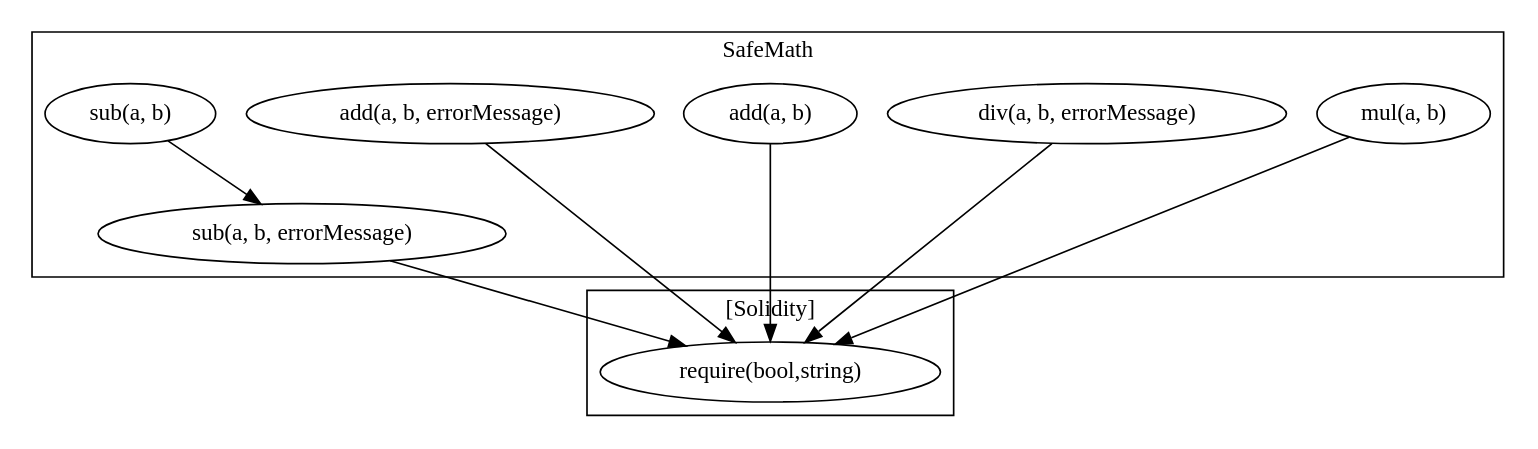
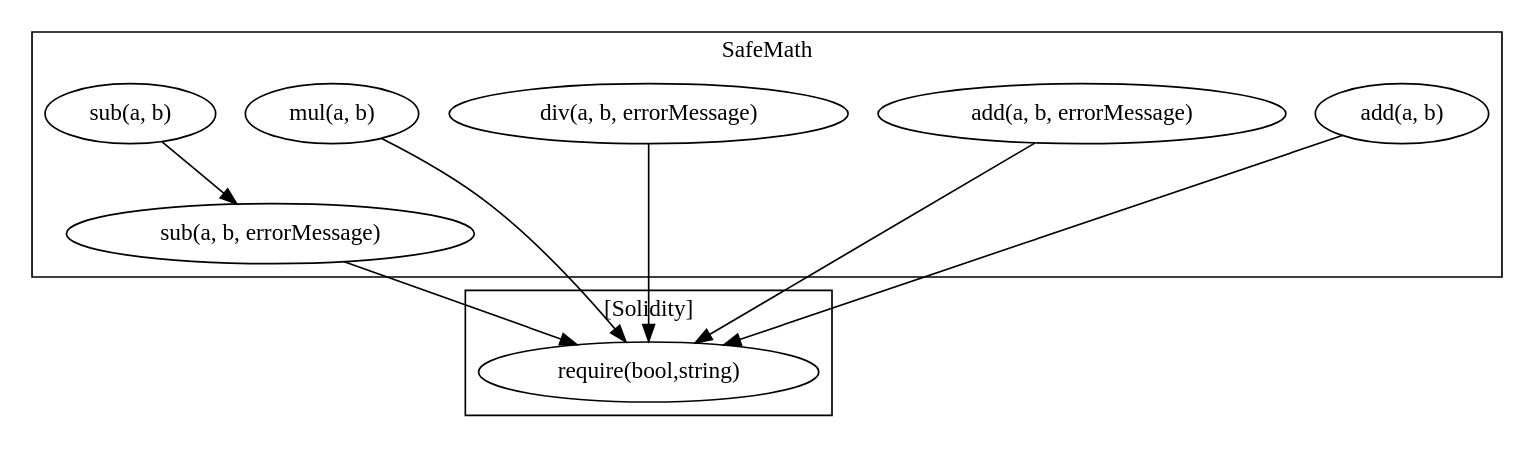
The diagram in test_normal.sol.SafeMath.call-graph.dot (Shruthaja/Advanced-Topics-software-engineering-6324-001), drawn with Graphviz before and after one commit. The commit also changed other lines of this file and 8 other files, not shown here.

```diff
--- a/test_normal.sol.SafeMath.call-graph.dot
+++ b/test_normal.sol.SafeMath.call-graph.dot
@@ -1,20 +1,20 @@
 strict digraph {
 subgraph cluster_162_SafeMath {
 label = "SafeMath"
+"162_mul_648fa9b31bc7ff7eb914e7a7180f07e0df0f8467839b1af8902da1d0bead03a2" [label="mul(a, b)"]
+"162_div_eb571a3b16279fdd808dacae85349e7091581dbe85a65bd816aaa6ad2788ee76" [label="div(a, b, errorMessage)"]
+"162_sub_eb571a3b16279fdd808dacae85349e7091581dbe85a65bd816aaa6ad2788ee76" [label="sub(a, b, errorMessage)"]
 "162_add_eb571a3b16279fdd808dacae85349e7091581dbe85a65bd816aaa6ad2788ee76" [label="add(a, b, errorMessage)"]
-"162_sub_eb571a3b16279fdd808dacae85349e7091581dbe85a65bd816aaa6ad2788ee76" [label="sub(a, b, errorMessage)"]
+"162_sub_648fa9b31bc7ff7eb914e7a7180f07e0df0f8467839b1af8902da1d0bead03a2" [label="sub(a, b)"]
 "162_add_648fa9b31bc7ff7eb914e7a7180f07e0df0f8467839b1af8902da1d0bead03a2" [label="add(a, b)"]
-"162_div_eb571a3b16279fdd808dacae85349e7091581dbe85a65bd816aaa6ad2788ee76" [label="div(a, b, errorMessage)"]
-"162_mul_648fa9b31bc7ff7eb914e7a7180f07e0df0f8467839b1af8902da1d0bead03a2" [label="mul(a, b)"]
-"162_sub_648fa9b31bc7ff7eb914e7a7180f07e0df0f8467839b1af8902da1d0bead03a2" [label="sub(a, b)"]
 "162_sub_648fa9b31bc7ff7eb914e7a7180f07e0df0f8467839b1af8902da1d0bead03a2" -> "162_sub_eb571a3b16279fdd808dacae85349e7091581dbe85a65bd816aaa6ad2788ee76"
 }subgraph cluster_solidity {
 label = "[Solidity]"
 "require(bool,string)" 
 "162_mul_648fa9b31bc7ff7eb914e7a7180f07e0df0f8467839b1af8902da1d0bead03a2" -> "require(bool,string)"
+"162_add_648fa9b31bc7ff7eb914e7a7180f07e0df0f8467839b1af8902da1d0bead03a2" -> "require(bool,string)"
+"162_add_eb571a3b16279fdd808dacae85349e7091581dbe85a65bd816aaa6ad2788ee76" -> "require(bool,string)"
 "162_sub_eb571a3b16279fdd808dacae85349e7091581dbe85a65bd816aaa6ad2788ee76" -> "require(bool,string)"
-"162_add_eb571a3b16279fdd808dacae85349e7091581dbe85a65bd816aaa6ad2788ee76" -> "require(bool,string)"
-"162_add_648fa9b31bc7ff7eb914e7a7180f07e0df0f8467839b1af8902da1d0bead03a2" -> "require(bool,string)"
 "162_div_eb571a3b16279fdd808dacae85349e7091581dbe85a65bd816aaa6ad2788ee76" -> "require(bool,string)"
 }
 }
```
